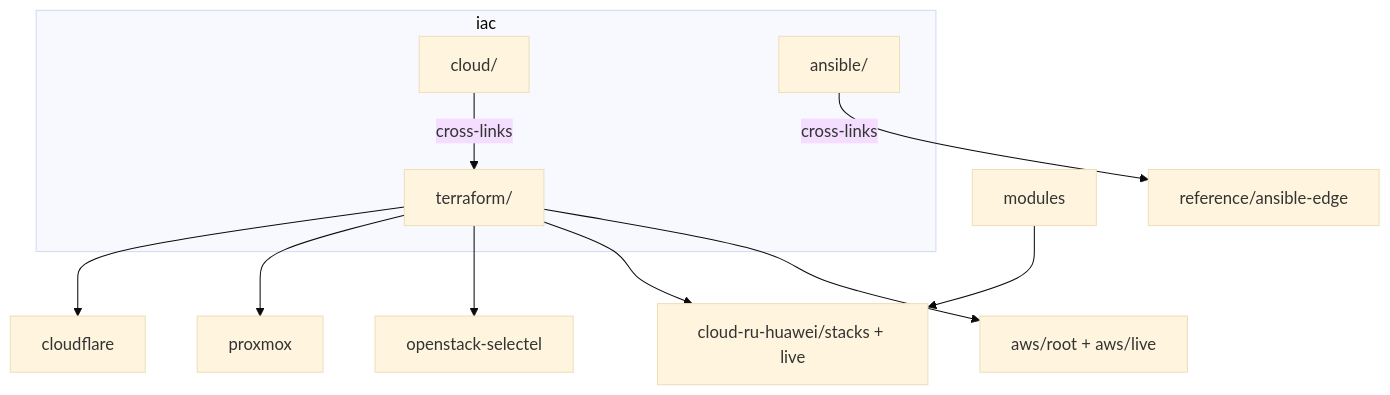
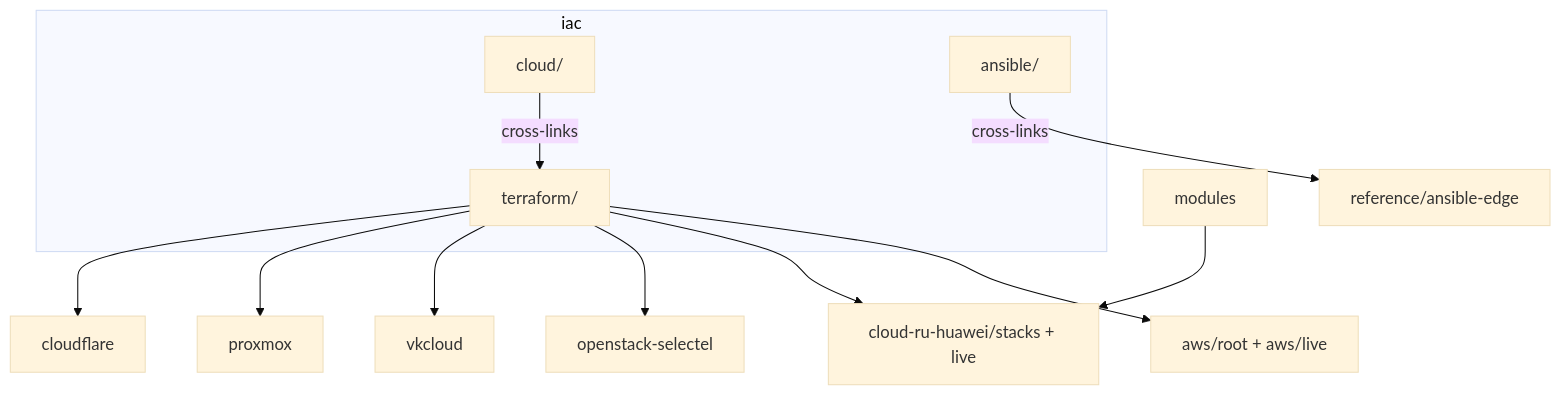
Before and after one commit to NarberallGamma/narberall-platform-engineer-lab: the diagram in iac/README.md, drawn with Mermaid (base theme). The commit also changed other lines of this file and 35 other files, not shown here.

````diff
--- a/iac/README.md
+++ b/iac/README.md
@@ -22,16 +22,17 @@
 ```mermaid
 flowchart TB
   subgraph iac [iac]
     Cloud[cloud/]
     TF[terraform/]
     ANS[ansible/]
   end
   Cloud -->|cross-links| TF
   ANS -->|cross-links| RefAns[reference/ansible-edge]
   TF --> AWS[aws/root + aws/live]
   TF --> CR[cloud-ru-huawei/stacks + live]
   TF --> OS[openstack-selectel]
+  TF --> VK[vkcloud]
   TF --> PX[proxmox]
   TF --> CF[cloudflare]
   Mods[modules] --> CR
 ```
````
